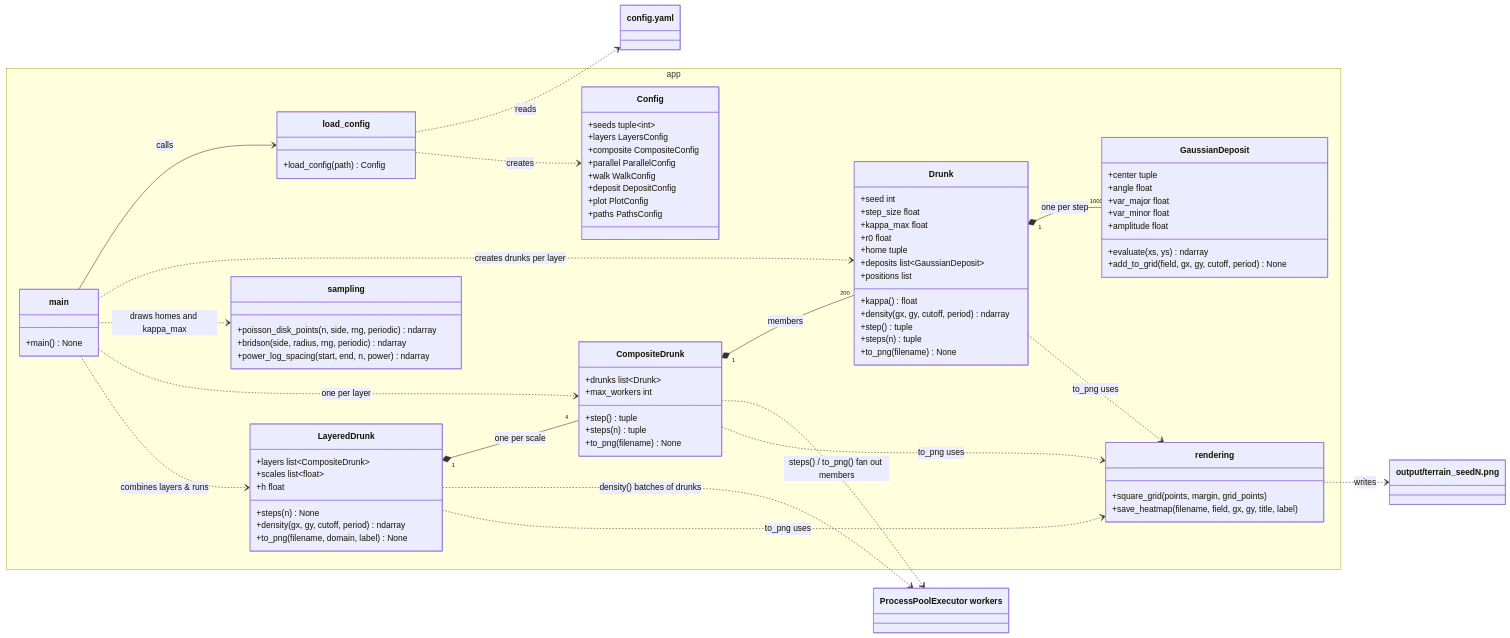
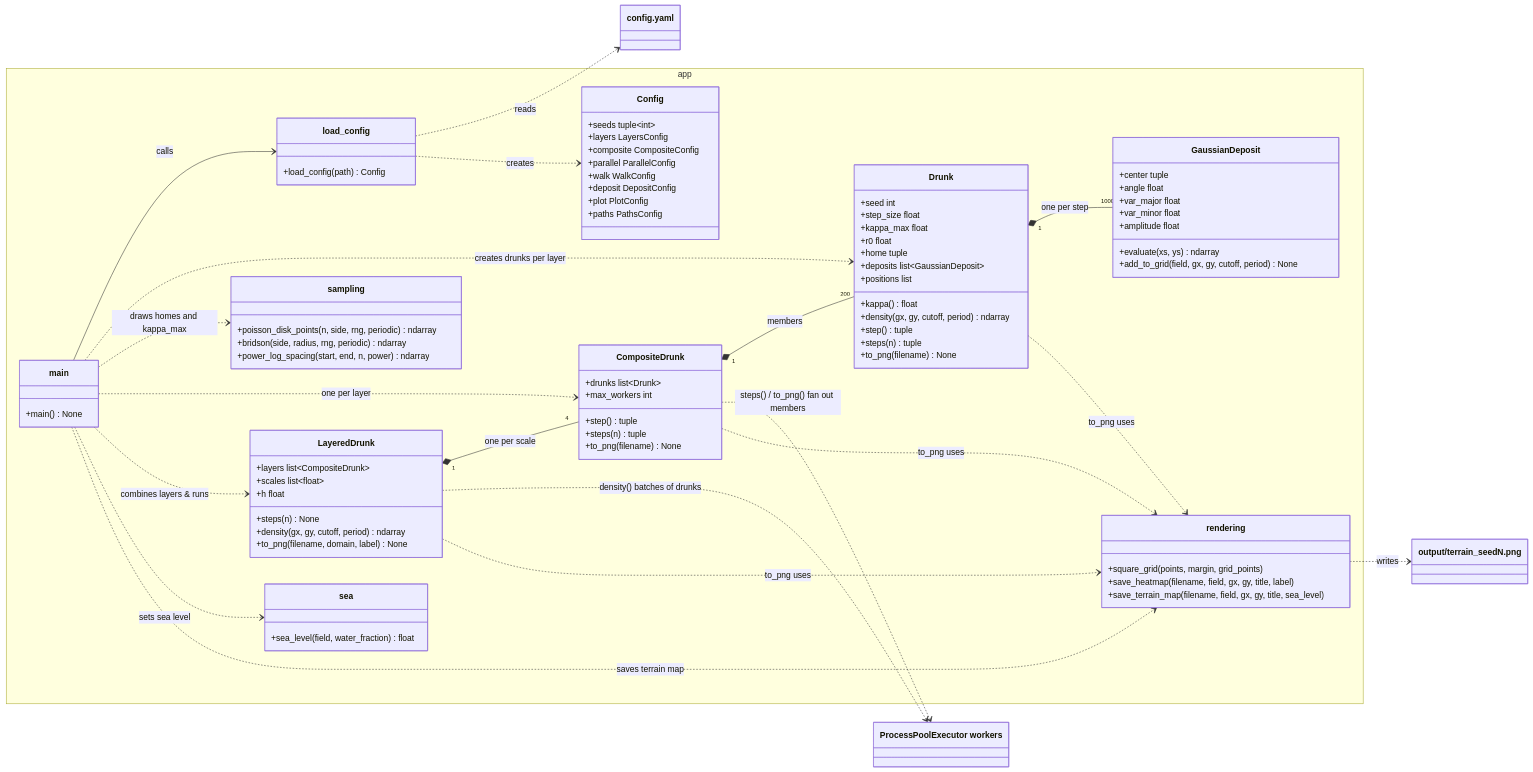
The third of 5 diagrams in README.md (michael-mayo/drunk), drawn with Mermaid before and after one commit. The commit also changed other lines of this file and 8 other files, not shown here.

Commit message:
added a sea level defined as a percentage of low lying land

```diff
--- a/README.md
+++ b/README.md
@@ -523,6 +543,10 @@
         class rendering {
             +square_grid(points, margin, grid_points)
             +save_heatmap(filename, field, gx, gy, title, label)
+            +save_terrain_map(filename, field, gx, gy, title, sea_level)
+        }
+        class sea {
+            +sea_level(field, water_fraction) float
         }
         class load_config {
             +load_config(path) Config
@@ -548,6 +572,8 @@
     main ..> sampling : draws homes and kappa_max
     main ..> CompositeDrunk : one per layer
     main ..> LayeredDrunk : combines layers & runs
+    main ..> sea : sets sea level
+    main ..> rendering : saves terrain map
     LayeredDrunk "1" *-- "4" CompositeDrunk : one per scale
     LayeredDrunk ..> ProcessPool : density() batches of drunks
     LayeredDrunk ..> rendering : to_png uses
```
